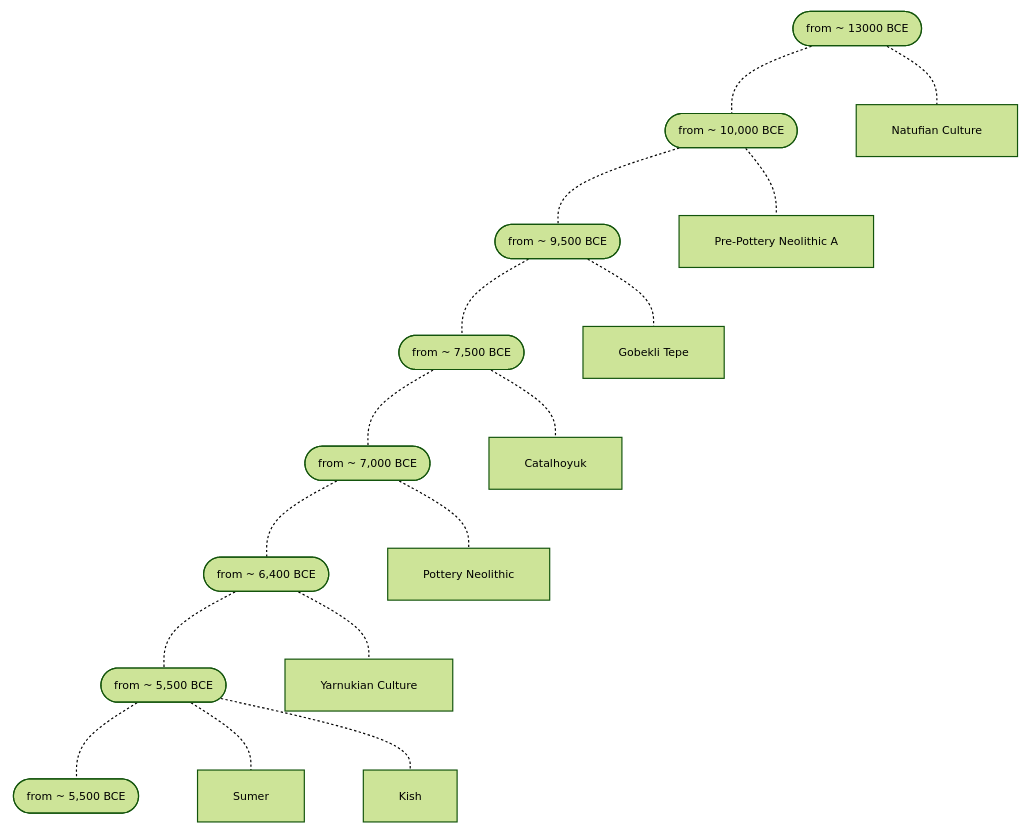
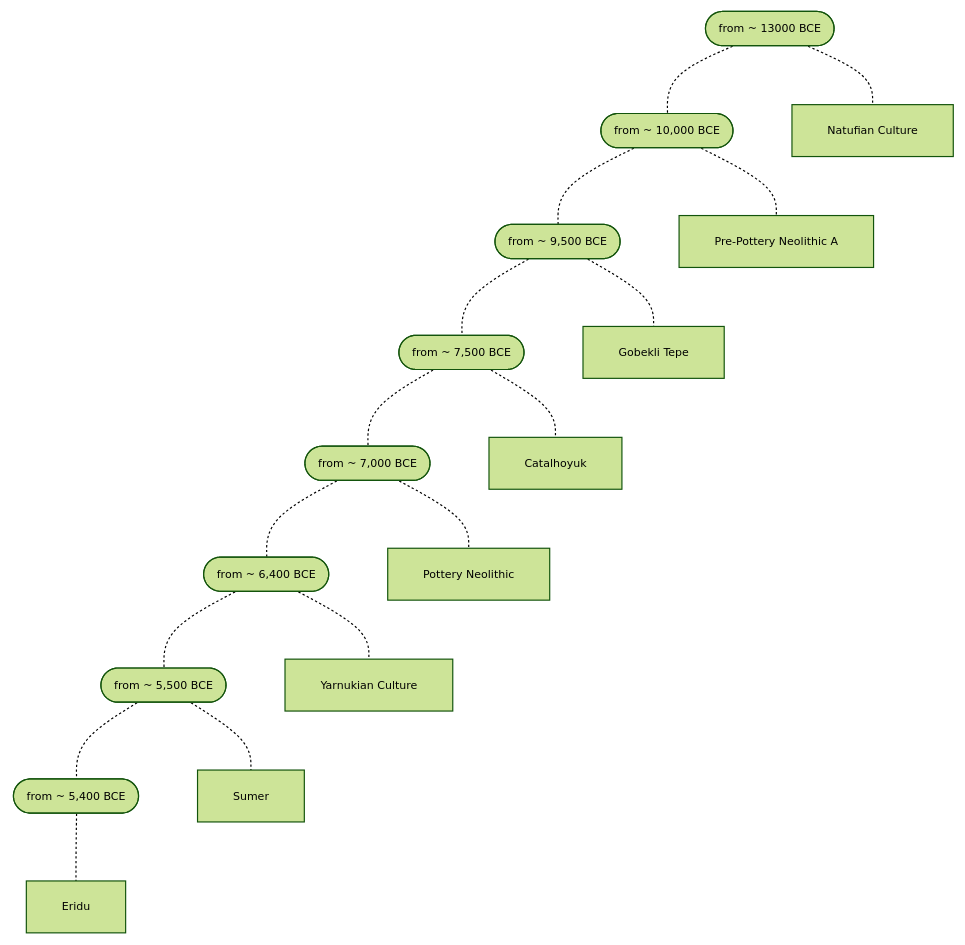
The diagram in 0000_General/timeline_v1.01.md (joe-dorward/samples), drawn with Mermaid before and after one commit.

````diff
--- a/0000_General/timeline_v1.01.md
+++ b/0000_General/timeline_v1.01.md
@@ -1,31 +1,31 @@
 ```mermaid
 %%{init: { 'theme':'forest', 'themeVariables': { 'fontSize':'7pt' } }}%%
 flowchart TD
     %% ========== ========== ========== ========== ==========
     13000([from ~ 13000 BCE])-.-
     10000([from ~ 10,000 BCE])-.-
     9500([from ~ 9,500 BCE])-.-
     7500([from ~ 7,500 BCE])-.-
     7000([from ~ 7,000 BCE])-.-
     6400([from ~ 6,400 BCE])-.-
-    5500_SUMER([from ~ 5,500 BCE])-.-
-    5500_KISH([from ~ 5,500 BCE])
+    5500([from ~ 5,500 BCE])-.-
+    5400([from ~ 5,400 BCE])
 
     NATUFIAN[Natufian Culture]
     PRE_POTTERY_NEOLITHIC_A[Pre-Pottery Neolithic A]
     GOBEKLI_TEPE[Gobekli Tepe]
     CATALHOYUK[Catalhoyuk]
     POTTERY_NEOLITHIC[Pottery Neolithic]
     YARNUKIAN["Yarnukian Culture"]
     SUMER[Sumer]
-    %%KISH[Kish]
+    ERIDU[Eridu]
 
     13000-.-NATUFIAN
     10000-.-PRE_POTTERY_NEOLITHIC_A
     9500-.-GOBEKLI_TEPE
     7500-.-CATALHOYUK
     7000-.-POTTERY_NEOLITHIC
     6400-.-YARNUKIAN
-    5500_SUMER-.-SUMER[Sumer]
-    5500_SUMER-.-KISH[Kish]
+    5500-.-SUMER
+    5400-.-ERIDU
 ```
````
